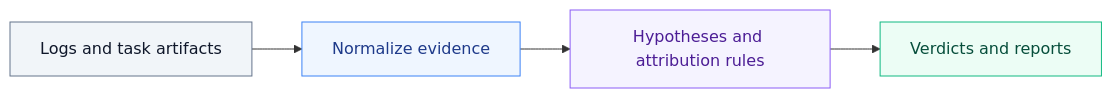
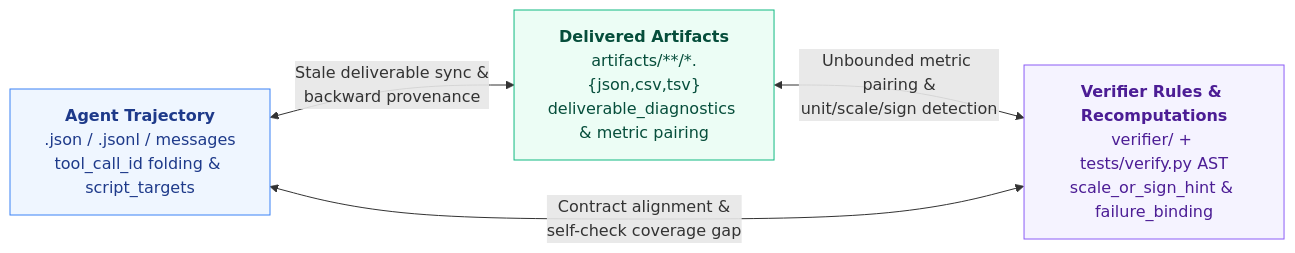
Before and after one commit to huangx-4sho/case-failure-analyzer: the first of 2 diagrams in README.md, drawn with Mermaid. The commit also changed other lines of this file and 23 other files, not shown here.

Commit message:
feat(crosscheck-cli-docs): upgrade trajectory folding, artifact cross-checking, causal provenance, CLI diff/inspect, and bilingual README

````diff
--- a/README.md
+++ b/README.md
@@ -95,12 +34,12 @@
 ```mermaid
 flowchart LR
-    A["Logs and task artifacts"]
-    B["Normalize evidence"]
-    C["Hypotheses and attribution rules"]
-    D["Verdicts and reports"]
-    A --> B --> C --> D
-    style A fill:#f1f5f9,stroke:#64748b,color:#0f172a
-    style B fill:#eff6ff,stroke:#3b82f6,color:#1e3a8a
-    style C fill:#f5f3ff,stroke:#8b5cf6,color:#4c1d95
-    style D fill:#ecfdf5,stroke:#10b981,color:#064e3b
+    T["<b>Agent Trajectory</b><br/>.json / .jsonl / messages<br/>tool_call_id folding &amp; script_targets"]
+    A["<b>Delivered Artifacts</b><br/>artifacts/**/*.{json,csv,tsv}<br/>deliverable_diagnostics &amp; metric pairing"]
+    V["<b>Verifier Rules &amp; Recomputations</b><br/>verifier/ + tests/verify.py AST<br/>scale_or_sign_hint &amp; failure_binding"]
+    T <-->|"Stale deliverable sync &amp;<br/>backward provenance"| A
+    A <-->|"Unbounded metric pairing &amp;<br/>unit/scale/sign detection"| V
+    V <-->|"Contract alignment &amp;<br/>self-check coverage gap"| T
+    style T fill:#eff6ff,stroke:#3b82f6,color:#1e3a8a
+    style A fill:#ecfdf5,stroke:#10b981,color:#064e3b
+    style V fill:#f5f3ff,stroke:#8b5cf6,color:#4c1d95
 ```
````
